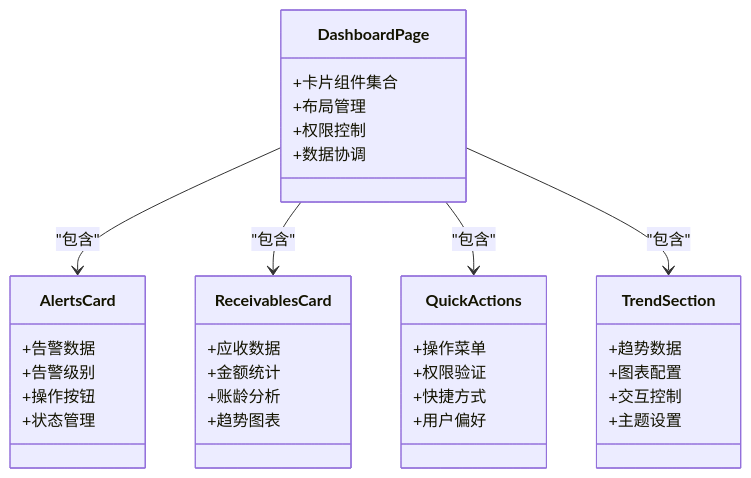
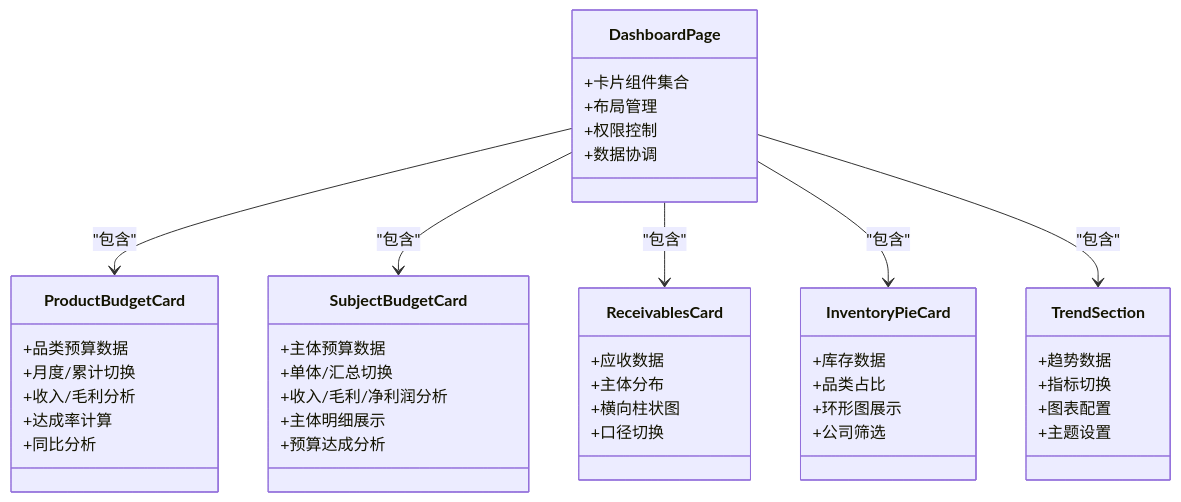
The third of 4 diagrams in .qoder/repowiki/zh/content/页面组件/仪表板页面.md (Damao997/newproject), drawn with Mermaid before and after one commit. The commit also changed other lines of this file and 10 other files, not shown here.

````diff
--- a/.qoder/repowiki/zh/content/页面组件/仪表板页面.md
+++ b/.qoder/repowiki/zh/content/页面组件/仪表板页面.md
@@ -227,37 +255,46 @@
 ```mermaid
 classDiagram
 class DashboardPage {
 +卡片组件集合
 +布局管理
 +权限控制
 +数据协调
 }
-class AlertsCard {
-+告警数据
-+告警级别
-+操作按钮
-+状态管理
+class ProductBudgetCard {
++品类预算数据
++月度/累计切换
++收入/毛利分析
++达成率计算
++同比分析
+}
+class SubjectBudgetCard {
++主体预算数据
++单体/汇总切换
++收入/毛利/净利润分析
++主体明细展示
++预算达成分析
 }
 class ReceivablesCard {
 +应收数据
-+金额统计
-+账龄分析
-+趋势图表
++主体分布
++横向柱状图
++口径切换
 }
-class QuickActions {
-+操作菜单
-+权限验证
-+快捷方式
-+用户偏好
+class InventoryPieCard {
++库存数据
++品类占比
++环形图展示
++公司筛选
 }
 class TrendSection {
 +趋势数据
++指标切换
 +图表配置
-+交互控制
 +主题设置
 }
-DashboardPage --> AlertsCard : "包含"
+DashboardPage --> ProductBudgetCard : "包含"
+DashboardPage --> SubjectBudgetCard : "包含"
 DashboardPage --> ReceivablesCard : "包含"
-DashboardPage --> QuickActions : "包含"
+DashboardPage --> InventoryPieCard : "包含"
 DashboardPage --> TrendSection : "包含"
 ```
````
